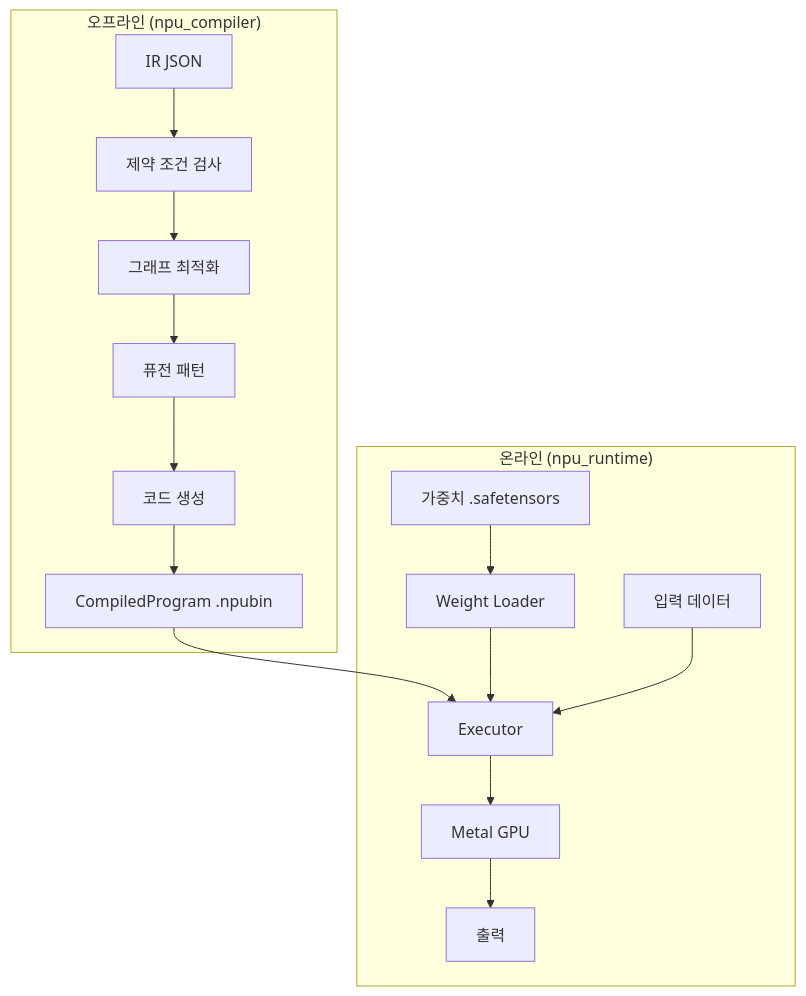
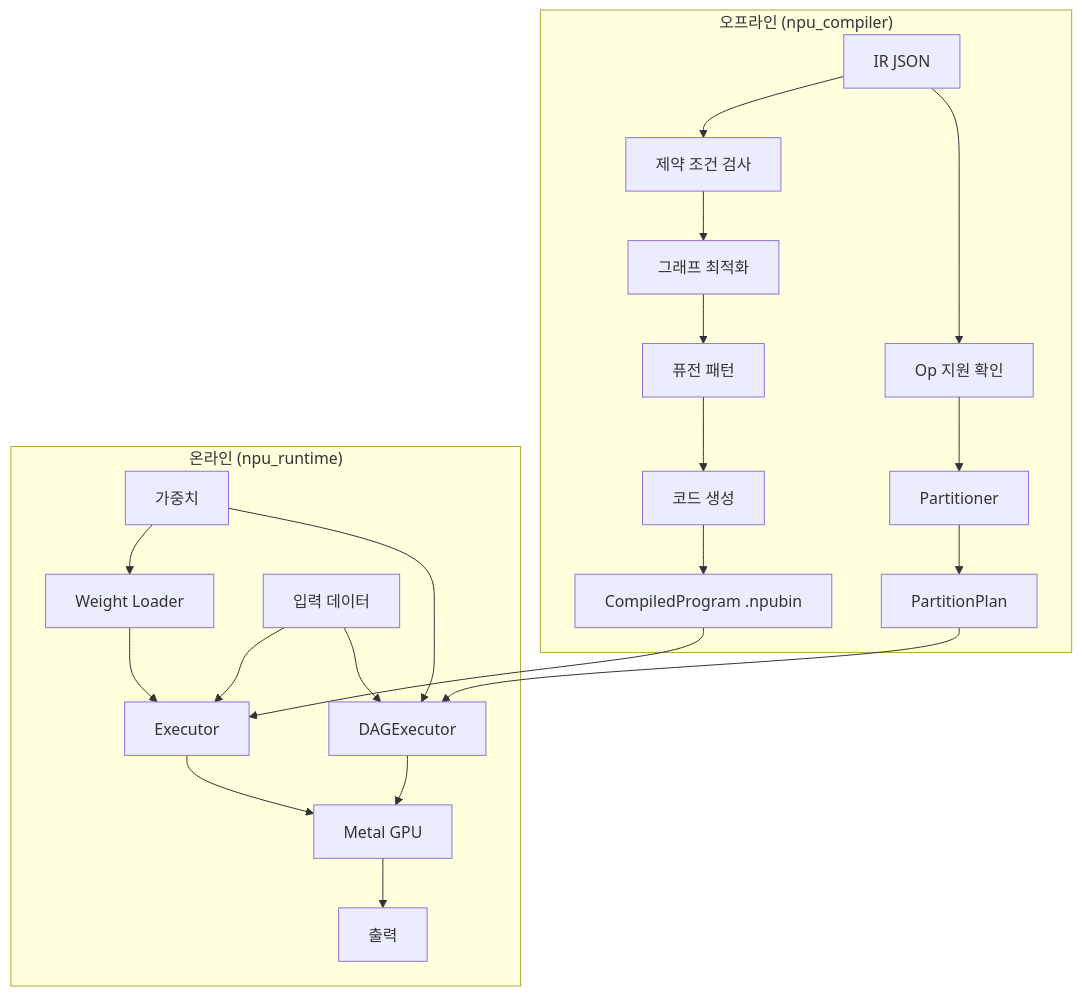
Before and after one commit to sweetcocoa/pytorch-apple: the diagram in docs/concepts.ko.md, drawn with Mermaid. The commit also changed other lines of this file and 15 other files, not shown here.

First line of the commit message:
Update docs for graph partitioning pipeline

````diff
--- a/docs/concepts.ko.md
+++ b/docs/concepts.ko.md
@@ -7,18 +7,25 @@
 ```mermaid
 graph TB
     subgraph Offline ["오프라인 (npu_compiler)"]
         A[IR JSON] --> B[제약 조건 검사]
         B --> C[그래프 최적화]
         C --> D[퓨전 패턴]
         D --> E[코드 생성]
         E --> F[CompiledProgram .npubin]
+        A --> P[Op 지원 확인]
+        P --> Q[Partitioner]
+        Q --> R[PartitionPlan]
     end
     subgraph Online ["온라인 (npu_runtime)"]
         F --> G[Executor]
-        H[가중치 .safetensors] --> I[Weight Loader]
+        H[가중치] --> I[Weight Loader]
         I --> G
         J[입력 데이터] --> G
         G --> K[Metal GPU]
         K --> L[출력]
+        R --> DAG[DAGExecutor]
+        H --> DAG
+        J --> DAG
+        DAG --> K
     end
 ```
````
